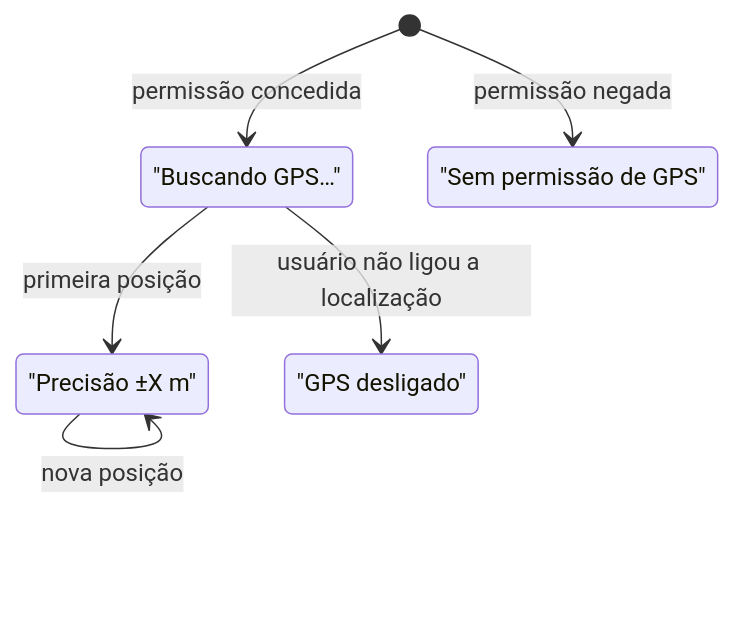
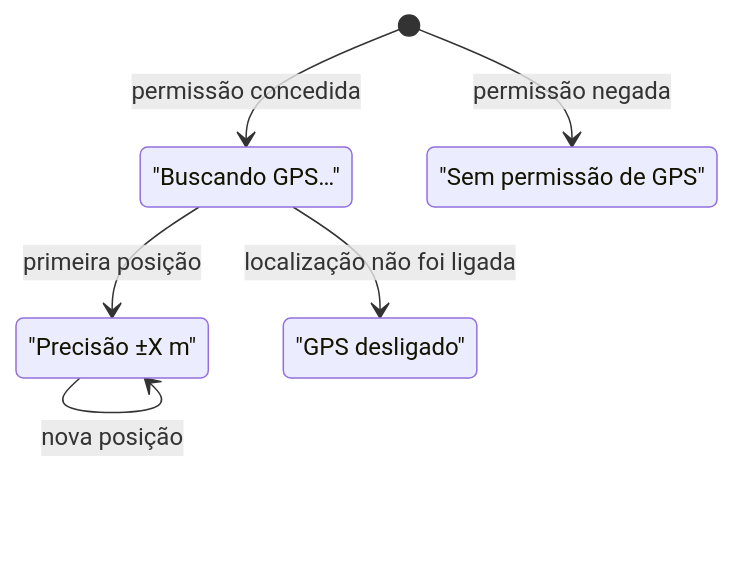
One commit to ReynanFC/Sistema-Gerenciador-de-Trilha---Mobile changed the seventh of 7 diagrams in docs/registrar-trilha.md. Above: the diagram before and after it, drawn with Mermaid. The commit also changed other lines of this file and 6 other files, not shown here.

First line of the commit message:
docs: README, architecture, per-screen flows and defense guide (#43)

````diff
--- a/docs/registrar-trilha.md
+++ b/docs/registrar-trilha.md
@@ -271,13 +279,13 @@
 ```mermaid
 stateDiagram-v2
     [*] --> Buscando: permissão concedida
     [*] --> SemPermissao: permissão negada
     Buscando --> Precisao: primeira posição
     Precisao --> Precisao: nova posição
-    Buscando --> GPSDesligado: usuário não ligou a localização
+    Buscando --> GPSDesligado: localização não foi ligada
 
     Buscando: "Buscando GPS…"
     Precisao: "Precisão ±X m"
     SemPermissao: "Sem permissão de GPS"
     GPSDesligado: "GPS desligado"
 ```
````
